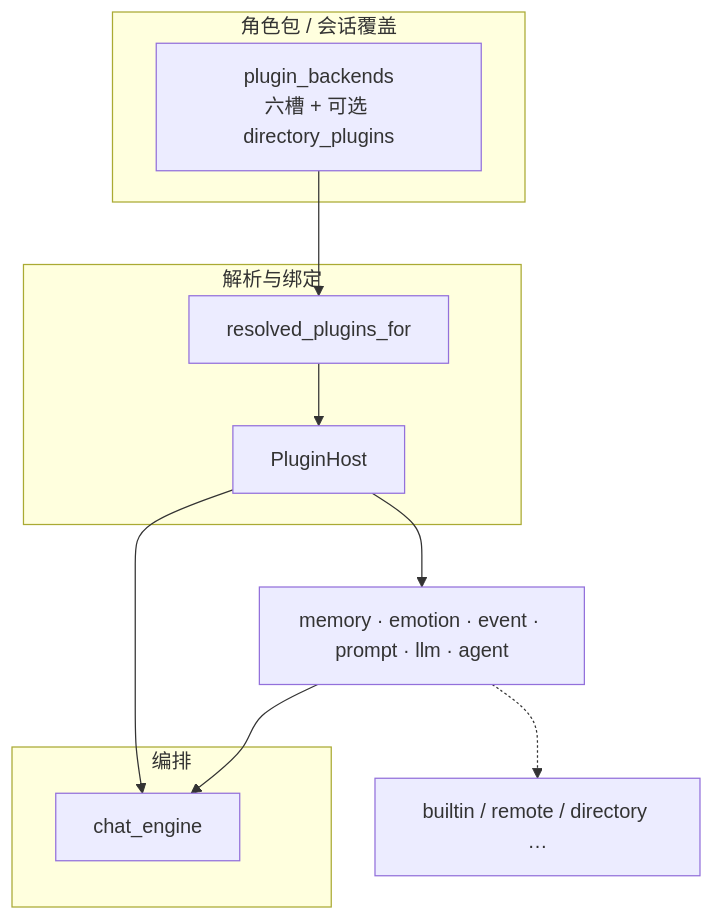
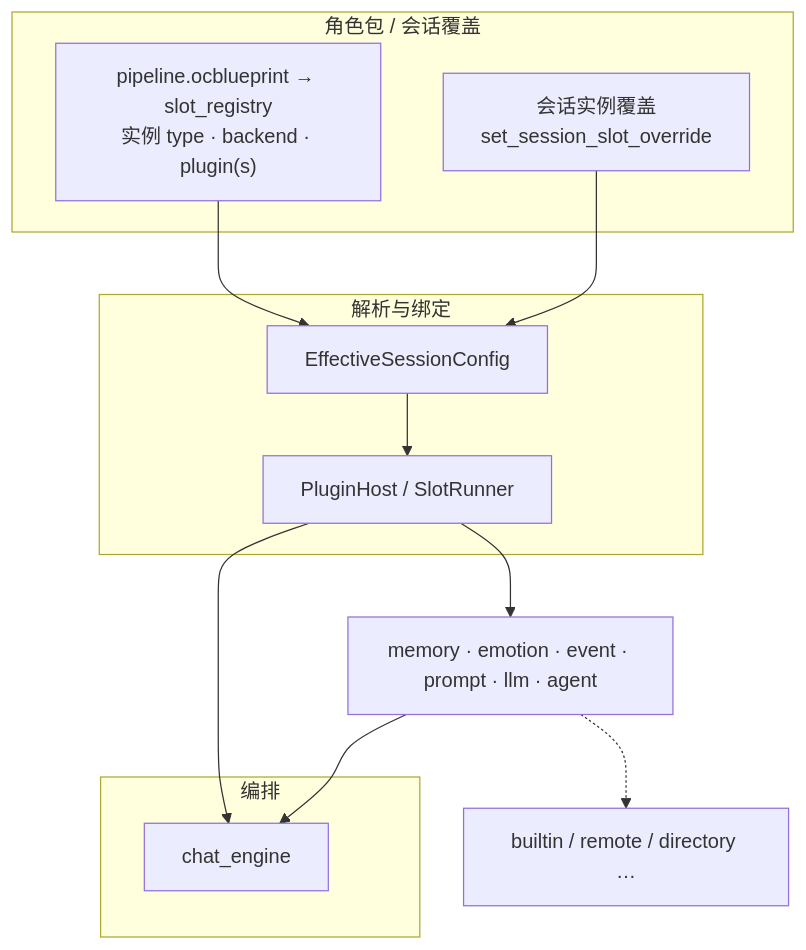
One commit to linkaiheng2233-cyber/oclivenewnew changed the diagram in creator-docs/plugin-and-architecture/CREATOR_PLUGIN_ARCHITECTURE.md. Above: the diagram before and after it, drawn with Mermaid. The commit also changed other lines of this file and 231 other files, not shown here.

Commit message:
docs(architecture): align project around tool kernel

````diff
--- a/creator-docs/plugin-and-architecture/CREATOR_PLUGIN_ARCHITECTURE.md
+++ b/creator-docs/plugin-and-architecture/CREATOR_PLUGIN_ARCHITECTURE.md
@@ -20,17 +20,20 @@
 ```mermaid
 flowchart TB
   subgraph pack["角色包 / 会话覆盖"]
-    PB["plugin_backends<br/>六槽 + 可选 directory_plugins"]
+    BP["pipeline.ocblueprint → slot_registry<br/>实例 type · backend · plugin(s)"]
+    SO["会话实例覆盖<br/>set_session_slot_override"]
   end
   subgraph resolve["解析与绑定"]
-    RPF["resolved_plugins_for"]
-    PH["PluginHost"]
+    EFF["EffectiveSessionConfig"]
+    PH["PluginHost / SlotRunner"]
   end
   subgraph orch["编排"]
     CE["chat_engine"]
   end
-  PB --> RPF --> PH --> CE
+  BP --> EFF
+  SO --> EFF
+  EFF --> PH --> CE
   PH --> S["memory · emotion · event · prompt · llm · agent"]
   S --> CE
   S -.-> I["builtin / remote / directory …"]
 ```
````
